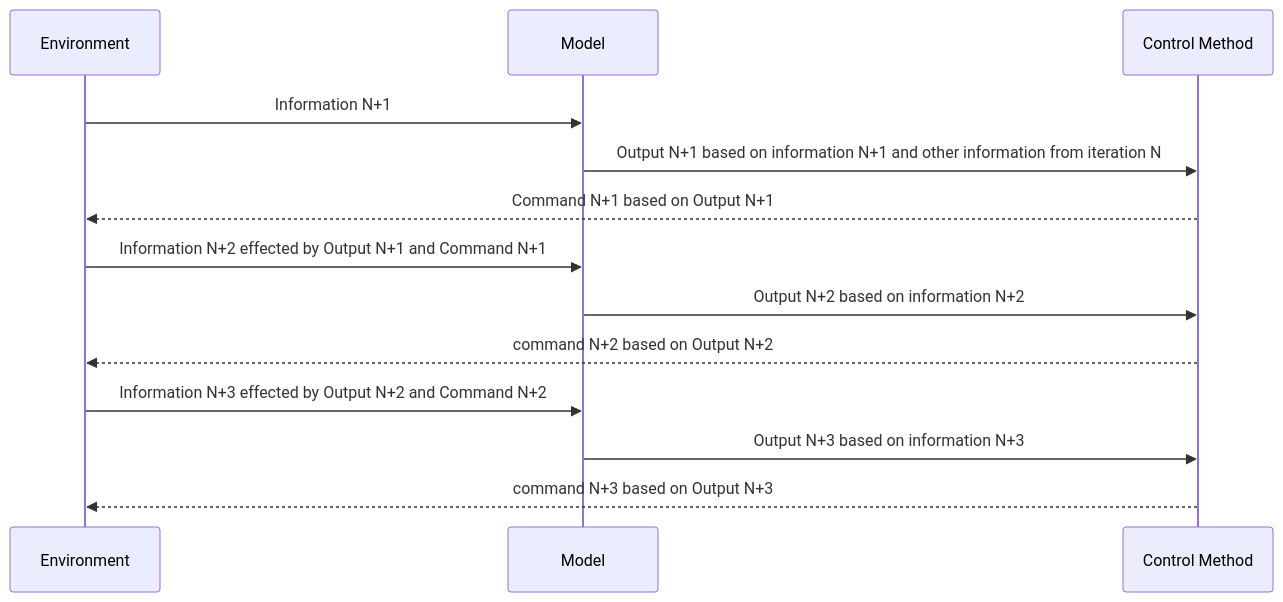
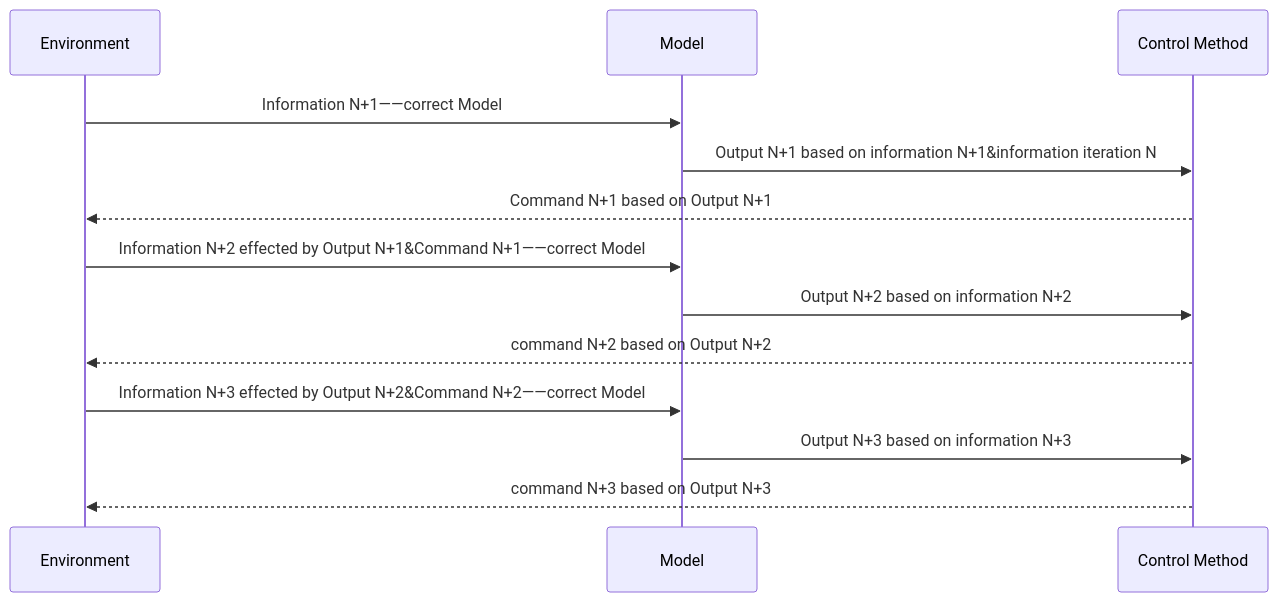
One commit to Hurricane-k/carry-bio changed the second of 2 diagrams in content/posts/blog12/index.md. Above: the diagram before and after it, drawn with Mermaid. The commit also changed 1 other file, not shown here.

Commit message:
correct blog 12

```diff
--- a/content/posts/blog12/index.md
+++ b/content/posts/blog12/index.md
@@ -28,14 +28,14 @@
 {{<mermaid align="center">}}
 sequenceDiagram 
-    Environment ->> Model: Information N+1
-    Model ->> Control Method: Output N+1 based on information N+1 and other information from iteration N
+    Environment ->> Model: Information N+1——correct Model
+    Model ->> Control Method: Output N+1 based on information N+1&information iteration N
     Control Method-->> Environment: Command N+1 based on Output N+1
 
-    Environment ->> Model: Information N+2 effected by Output N+1 and Command N+1
+    Environment ->> Model: Information N+2 effected by Output N+1&Command N+1——correct Model
     Model ->> Control Method: Output N+2 based on information N+2
     Control Method-->> Environment: command N+2 based on Output N+2
 
-    Environment ->> Model: Information N+3 effected by Output N+2 and Command N+2
+    Environment ->> Model: Information N+3 effected by Output N+2&Command N+2——correct Model
     Model ->> Control Method: Output N+3 based on information N+3
     Control Method-->> Environment: command N+3 based on Output N+3
 {{</mermaid>}}
```
